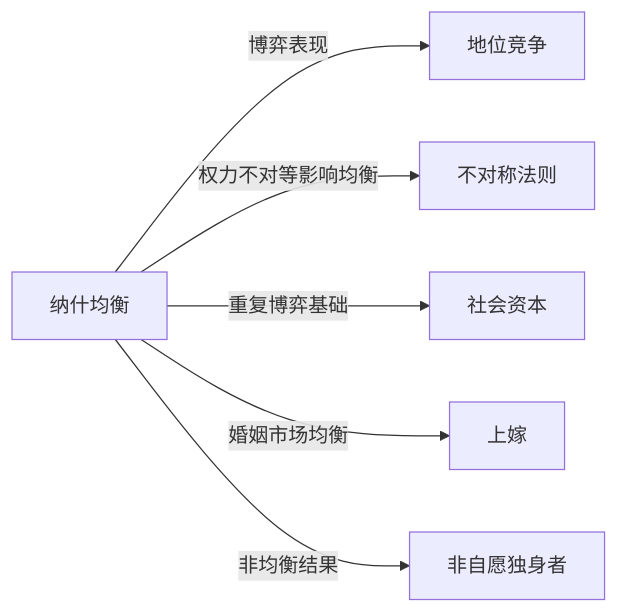
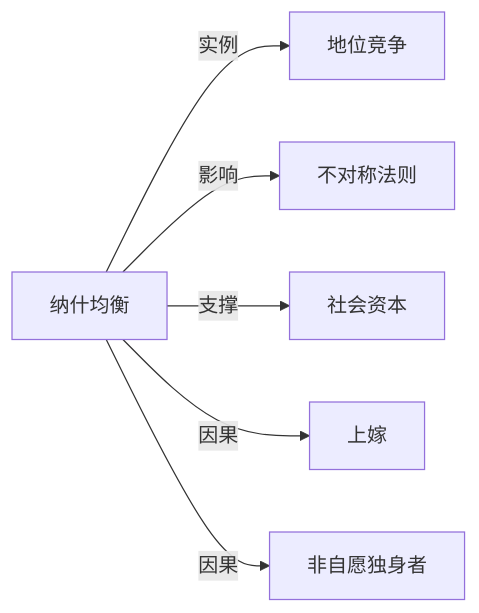
One commit to KIMMCHOW/MyKnowledge changed the diagram in Knowledge/Concepts/经济/纳什均衡.md. Above: the diagram before and after it, drawn with Mermaid. The commit also changed 95 other files, not shown here.

Commit message:
reorganize: 统一关系图边标签为11类

````diff
--- a/Knowledge/Concepts/经济/纳什均衡.md
+++ b/Knowledge/Concepts/经济/纳什均衡.md
@@ -45,8 +45,8 @@
 ```mermaid
 graph LR
-纳什均衡 -->|博弈表现| 地位竞争
-纳什均衡 -->|权力不对等影响均衡| 不对称法则
-纳什均衡 -->|重复博弈基础| 社会资本
-纳什均衡 -->|婚姻市场均衡| 上嫁
-纳什均衡 -->|非均衡结果| 非自愿独身者
+纳什均衡 -->|实例| 地位竞争
+纳什均衡 -->|影响| 不对称法则
+纳什均衡 -->|支撑| 社会资本
+纳什均衡 -->|因果| 上嫁
+纳什均衡 -->|因果| 非自愿独身者
 ```
````
